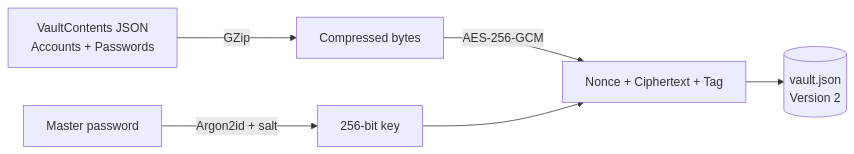
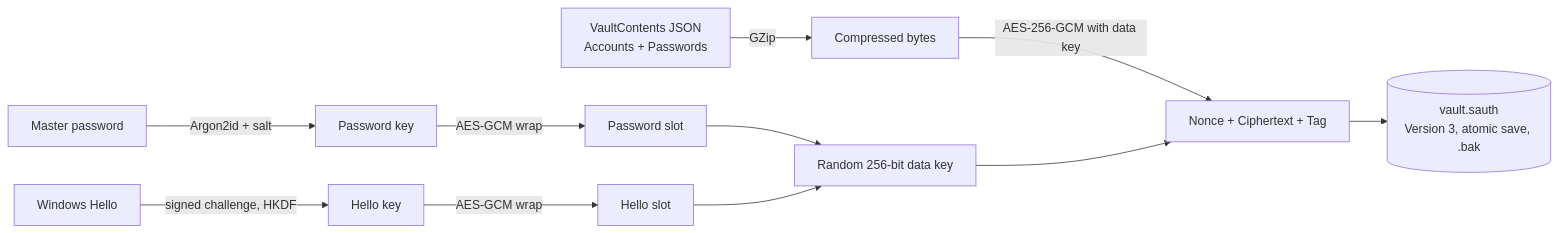
The third of 4 diagrams in docs/Documentation.md (GabrielVergara/MasterSafeAuthenticator), drawn with Mermaid before and after one commit. The commit also changed other lines of this file and 75 other files, not shown here.

````diff
--- a/docs/Documentation.md
+++ b/docs/Documentation.md
@@ -54,8 +56,13 @@
 ```mermaid
 flowchart LR
-    P[Master password] -->|Argon2id + salt| K[256-bit key]
+    MP[Master password] -->|Argon2id + salt| KEK1[Password key]
+    HE[Windows Hello] -->|signed challenge, HKDF| KEK2[Hello key]
+    KEK1 -->|AES-GCM wrap| S1[Password slot]
+    KEK2 -->|AES-GCM wrap| S2[Hello slot]
+    S1 --> DEK[Random 256-bit data key]
+    S2 --> DEK
     C[VaultContents JSON<br/>Accounts + Passwords] -->|GZip| Z[Compressed bytes]
-    Z -->|AES-256-GCM| E[Nonce + Ciphertext + Tag]
-    K --> E
-    E --> VF[(vault.json<br/>Version 2)]
+    Z -->|AES-256-GCM with data key| E[Nonce + Ciphertext + Tag]
+    DEK --> E
+    E --> VF[(vault.sauth<br/>Version 3, atomic save, .bak)]
 ```
````
